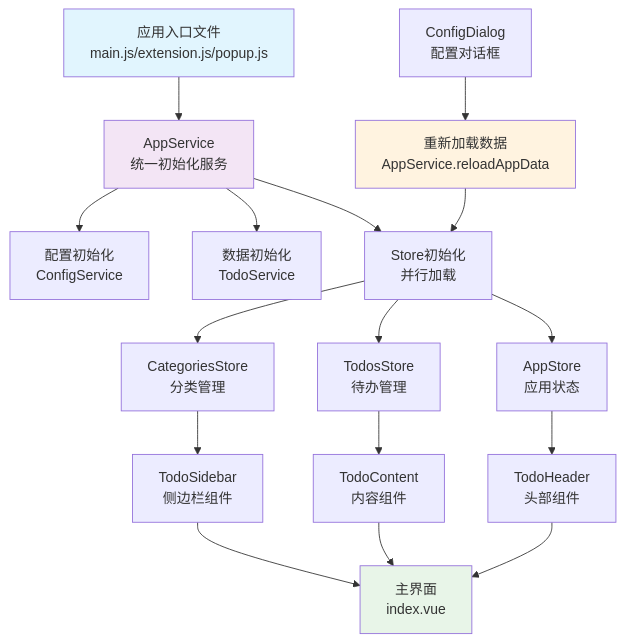
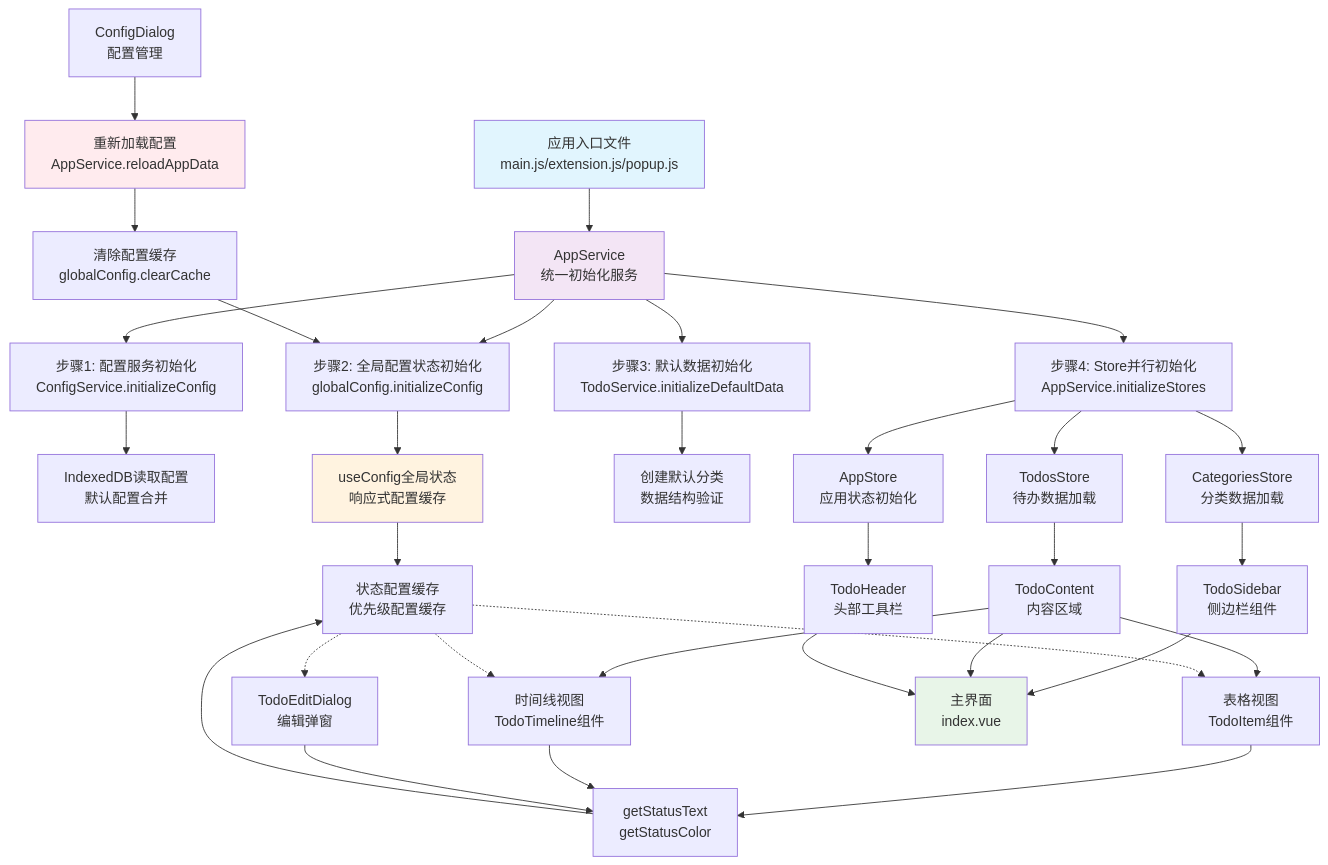
The diagram in README.md (Sisyphean-a/TidyDo), drawn with Mermaid before and after one commit. The commit also changed other lines of this file, not shown here.

Commit message:
完善时序图

````diff
--- a/README.md
+++ b/README.md
@@ -36,27 +36,52 @@
 ```mermaid
 graph TD
     A[应用入口文件<br/>main.js/extension.js/popup.js] --> B[AppService<br/>统一初始化服务]
-    B --> C[配置初始化<br/>ConfigService]
-    B --> D[数据初始化<br/>TodoService]
-    B --> E[Store初始化<br/>并行加载]
     
-    E --> F[CategoriesStore<br/>分类管理]
-    E --> G[TodosStore<br/>待办管理]
-    E --> H[AppStore<br/>应用状态]
+    B --> C[步骤1: 配置服务初始化<br/>ConfigService.initializeConfig]
+    C --> C1[IndexedDB读取配置<br/>默认配置合并]
     
-    F --> I[TodoSidebar<br/>侧边栏组件]
-    G --> J[TodoContent<br/>内容组件]
-    H --> K[TodoHeader<br/>头部组件]
+    B --> D[步骤2: 全局配置状态初始化<br/>globalConfig.initializeConfig]
+    D --> D1[useConfig全局状态<br/>响应式配置缓存]
+    D1 --> D2[状态配置缓存<br/>优先级配置缓存]
     
-    I --> L[主界面<br/>index.vue]
-    J --> L
-    K --> L
+    B --> E[步骤3: 默认数据初始化<br/>TodoService.initializeDefaultData]
+    E --> E1[创建默认分类<br/>数据结构验证]
     
-    M[ConfigDialog<br/>配置对话框] --> N[重新加载数据<br/>AppService.reloadAppData]
-    N --> E
+    B --> F[步骤4: Store并行初始化<br/>AppService.initializeStores]
+    F --> F1[CategoriesStore<br/>分类数据加载]
+    F --> F2[TodosStore<br/>待办数据加载]
+    F --> F3[AppStore<br/>应用状态初始化]
+    
+    F1 --> G1[TodoSidebar<br/>侧边栏组件]
+    F2 --> G2[TodoContent<br/>内容区域]
+    F3 --> G3[TodoHeader<br/>头部工具栏]
+    
+    G2 --> G2A[表格视图<br/>TodoItem组件]
+    G2 --> G2B[时间线视图<br/>TodoTimeline组件]
+    
+    %% 配置共享机制
+    D2 -.-> G2A
+    D2 -.-> G2B
+    D2 -.-> H1[TodoEditDialog<br/>编辑弹窗]
+    
+    G1 --> I[主界面<br/>index.vue]
+    G2 --> I
+    G3 --> I
+    
+    %% 配置更新流程
+    J[ConfigDialog<br/>配置管理] --> K[重新加载配置<br/>AppService.reloadAppData]
+    K --> L[清除配置缓存<br/>globalConfig.clearCache]
+    L --> D
+    
+    %% 组件配置获取
+    G2A --> M[getStatusText<br/>getStatusColor]
+    G2B --> M
+    H1 --> M
+    M --> D2
     
     style A fill:#e1f5fe
     style B fill:#f3e5f5
-    style L fill:#e8f5e8
-    style N fill:#fff3e0
+    style D1 fill:#fff3e0
+    style I fill:#e8f5e8
+    style K fill:#ffebee
 ```
````
